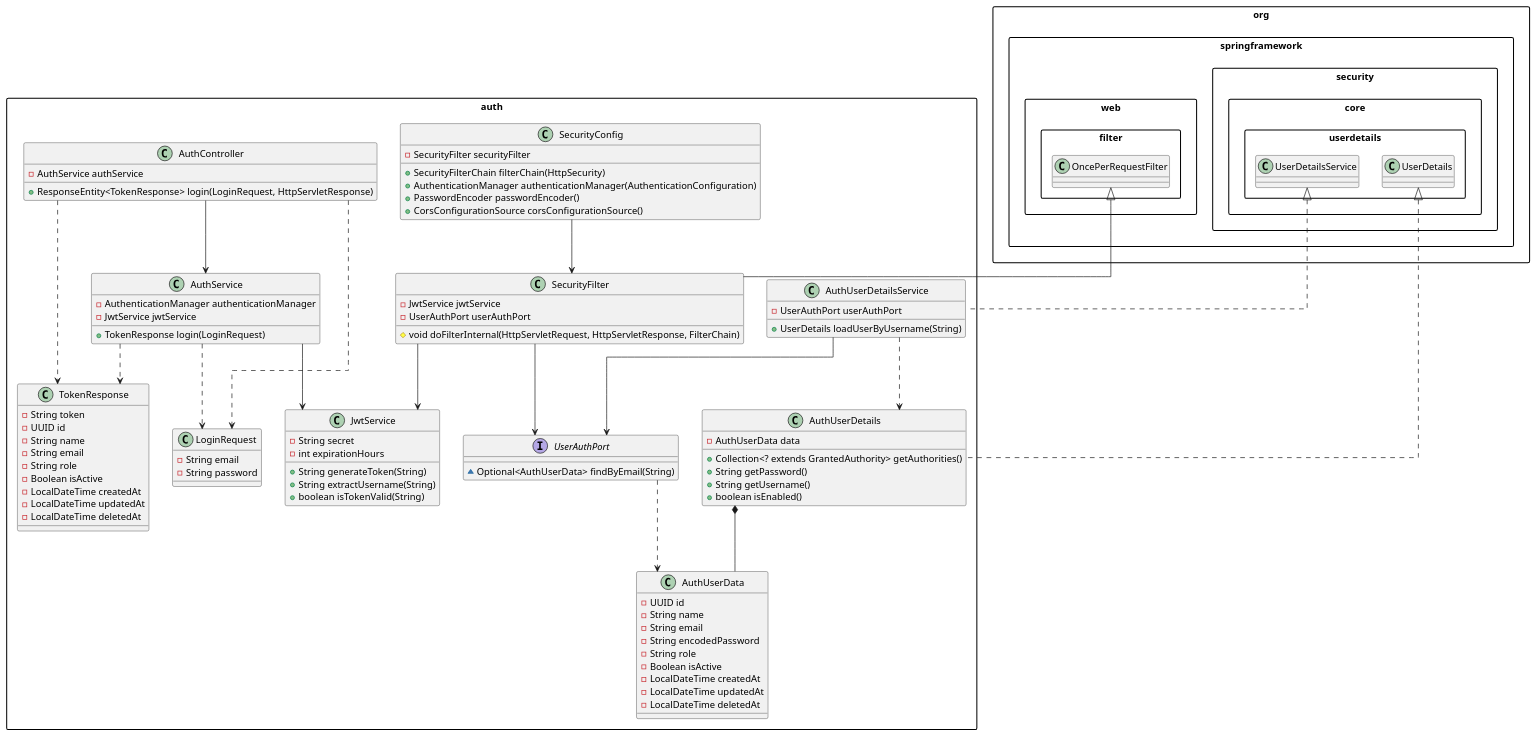
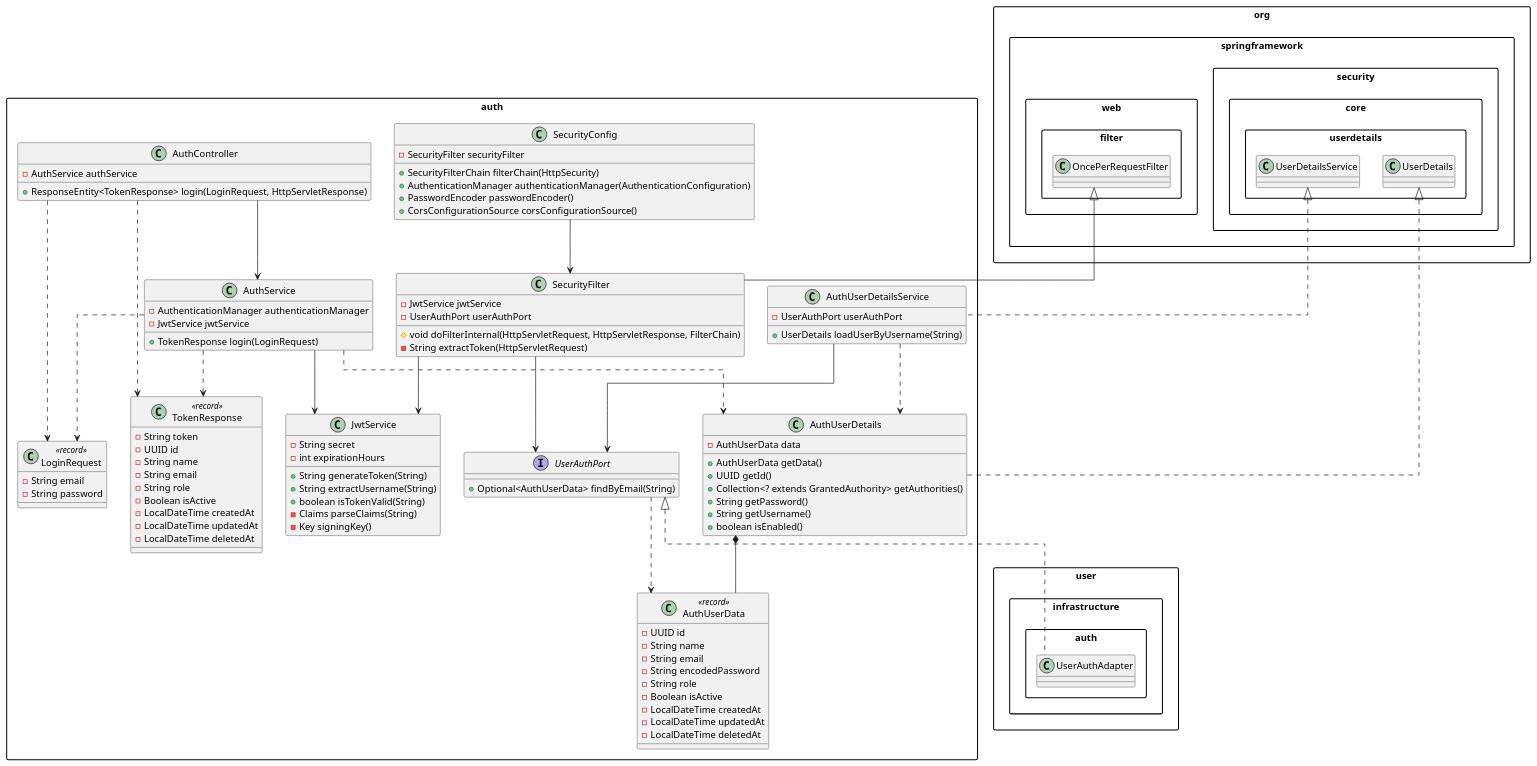
Before and after one commit to Neoguara/rooms-diagrams: the diagram in src/plantuml/classe/auth.puml, drawn with PlantUML. The commit also changed 2 other files, not shown here.

```diff
--- a/src/plantuml/classe/auth.puml
+++ b/src/plantuml/classe/auth.puml
@@ -1,109 +1,116 @@
 @startuml
 
 skinparam linetype ortho
 skinparam packageStyle rectangle
 
-class auth.AuthUserDetailsService {
-  - UserAuthPort userAuthPort
-  + UserDetails loadUserByUsername(String)
-}
-
-class auth.SecurityConfig {
-  - SecurityFilter securityFilter
-  + SecurityFilterChain filterChain(HttpSecurity)
-  + AuthenticationManager authenticationManager(AuthenticationConfiguration)
-  + PasswordEncoder passwordEncoder()
-  + CorsConfigurationSource corsConfigurationSource()
-}
-
-interface auth.UserAuthPort {
-  ~ Optional<AuthUserData> findByEmail(String)
-}
-
 class auth.AuthController {
   - AuthService authService
   + ResponseEntity<TokenResponse> login(LoginRequest, HttpServletResponse)
-}
-
-class auth.AuthUserDetails {
-  - AuthUserData data
-  + Collection<? extends GrantedAuthority> getAuthorities()
-  + String getPassword()
-  + String getUsername()
-  + boolean isEnabled()
 }
 
 class auth.AuthService {
   - AuthenticationManager authenticationManager
   - JwtService jwtService
   + TokenResponse login(LoginRequest)
 }
 
 class auth.JwtService {
   - String secret
   - int expirationHours
   + String generateToken(String)
   + String extractUsername(String)
   + boolean isTokenValid(String)
+  - Claims parseClaims(String)
+  - Key signingKey()
 }
 
-class auth.LoginRequest {
+class auth.AuthUserDetailsService {
+  - UserAuthPort userAuthPort
+  + UserDetails loadUserByUsername(String)
+}
+
+class auth.AuthUserDetails {
+  - AuthUserData data
+  + AuthUserData getData()
+  + UUID getId()
+  + Collection<? extends GrantedAuthority> getAuthorities()
+  + String getPassword()
+  + String getUsername()
+  + boolean isEnabled()
+}
+
+class auth.SecurityFilter {
+  - JwtService jwtService
+  - UserAuthPort userAuthPort
+  # void doFilterInternal(HttpServletRequest, HttpServletResponse, FilterChain)
+  - String extractToken(HttpServletRequest)
+}
+
+class auth.SecurityConfig {
+  - SecurityFilter securityFilter
+  + SecurityFilterChain filterChain(HttpSecurity)
+  + AuthenticationManager authenticationManager(AuthenticationConfiguration)
+  + PasswordEncoder passwordEncoder()
+  + CorsConfigurationSource corsConfigurationSource()
+}
+
+interface auth.UserAuthPort {
+  + Optional<AuthUserData> findByEmail(String)
+}
+
+class auth.AuthUserData <<record>> {
+  - UUID id
+  - String name
+  - String email
+  - String encodedPassword
+  - String role
+  - Boolean isActive
+  - LocalDateTime createdAt
+  - LocalDateTime updatedAt
+  - LocalDateTime deletedAt
+}
+
+class auth.LoginRequest <<record>> {
   - String email
   - String password
 }
 
-class auth.TokenResponse {
+class auth.TokenResponse <<record>> {
   - String token
   - UUID id
   - String name
   - String email
   - String role
   - Boolean isActive
   - LocalDateTime createdAt
   - LocalDateTime updatedAt
   - LocalDateTime deletedAt
 }
 
-class auth.SecurityFilter {
-  - JwtService jwtService
-  - UserAuthPort userAuthPort
-  # void doFilterInternal(HttpServletRequest, HttpServletResponse, FilterChain)
-}
-
-class auth.AuthUserData {
-  - UUID id
-  - String name
-  - String email
-  - String encodedPassword
-  - String role
-  - Boolean isActive
-  - LocalDateTime createdAt
-  - LocalDateTime updatedAt
-  - LocalDateTime deletedAt
-}
-
 ' Herança / Implementação
 org.springframework.security.core.userdetails.UserDetailsService <|.. auth.AuthUserDetailsService
 org.springframework.security.core.userdetails.UserDetails <|.. auth.AuthUserDetails
 org.springframework.web.filter.OncePerRequestFilter <|-- auth.SecurityFilter
+auth.UserAuthPort <|.. user.infrastructure.auth.UserAuthAdapter
 
 ' Composição
 auth.AuthUserDetails *-- auth.AuthUserData
 
 ' Dependências por campo (injeção)
-auth.AuthUserDetailsService --> auth.UserAuthPort
-auth.SecurityConfig --> auth.SecurityFilter
 auth.AuthController --> auth.AuthService
 auth.AuthService --> auth.JwtService
+auth.AuthUserDetailsService --> auth.UserAuthPort
 auth.SecurityFilter --> auth.JwtService
 auth.SecurityFilter --> auth.UserAuthPort
+auth.SecurityConfig --> auth.SecurityFilter
 
 ' Uso (parâmetros e retornos de métodos)
 auth.AuthController ..> auth.LoginRequest
 auth.AuthController ..> auth.TokenResponse
 auth.AuthService ..> auth.LoginRequest
 auth.AuthService ..> auth.TokenResponse
+auth.AuthService ..> auth.AuthUserDetails
 auth.AuthUserDetailsService ..> auth.AuthUserDetails
 auth.UserAuthPort ..> auth.AuthUserData
 
 @enduml
```
